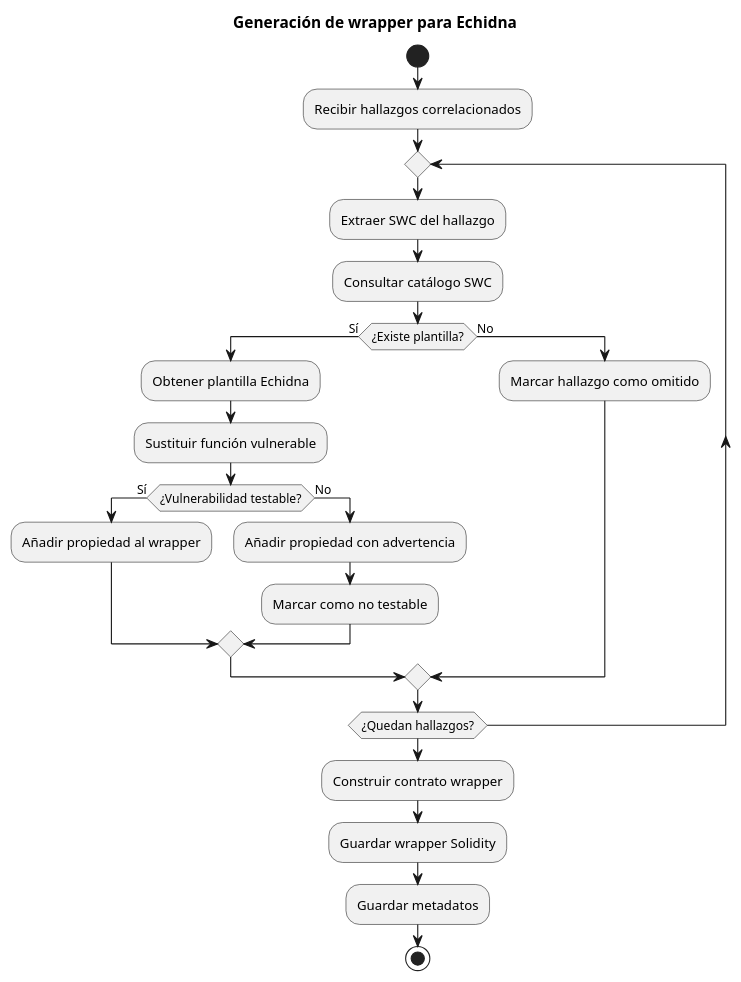
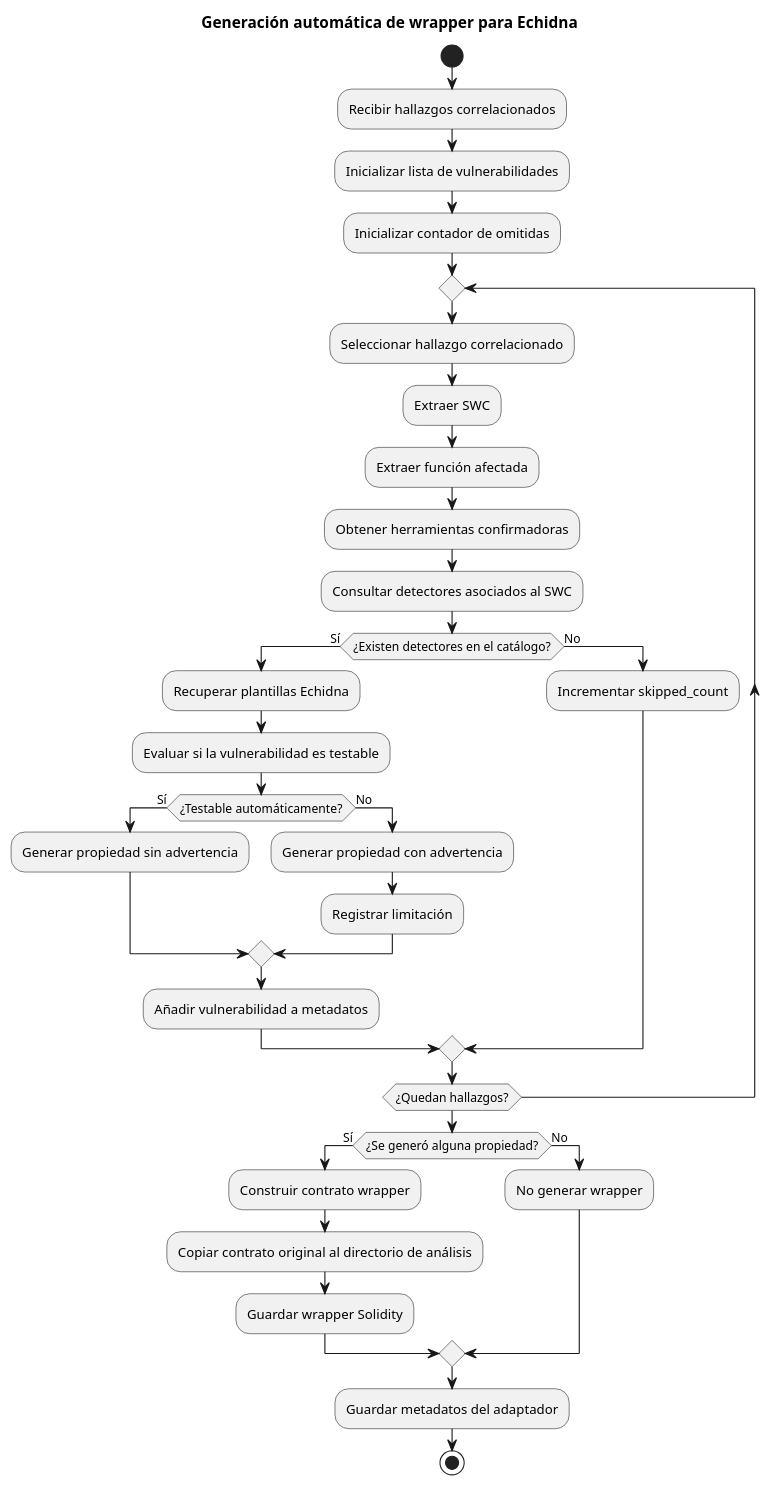
Before and after one commit to pardalaco/TFM-UNIR: the seventh of 11 diagrams in docs-TFM-UNIR/Entrega/Diagramas/Diagramas.md, drawn with PlantUML. The commit also changed other lines of this file, not shown here.

Commit message:
Diagramas mejorados

````diff
--- a/docs-TFM-UNIR/Entrega/Diagramas/Diagramas.md
+++ b/docs-TFM-UNIR/Entrega/Diagramas/Diagramas.md
@@ -241,36 +376,51 @@
 ```plantuml
 @startuml
-title Generación de wrapper para Echidna
+title Generación automática de wrapper para Echidna
+
+skinparam shadowing false
 
 start
 
 :Recibir hallazgos correlacionados;
+:Inicializar lista de vulnerabilidades;
+:Inicializar contador de omitidas;
 
 repeat
-  :Extraer SWC del hallazgo;
-  :Consultar catálogo SWC;
-  
-  if (¿Existe plantilla?) then (Sí)
-    :Obtener plantilla Echidna;
-    :Sustituir función vulnerable;
-    
-    if (¿Vulnerabilidad testable?) then (Sí)
-      :Añadir propiedad al wrapper;
+  :Seleccionar hallazgo correlacionado;
+  :Extraer SWC;
+  :Extraer función afectada;
+  :Obtener herramientas confirmadoras;
+
+  :Consultar detectores asociados al SWC;
+
+  if (¿Existen detectores en el catálogo?) then (Sí)
+    :Recuperar plantillas Echidna;
+    :Evaluar si la vulnerabilidad es testable;
+
+    if (¿Testable automáticamente?) then (Sí)
+      :Generar propiedad sin advertencia;
     else (No)
-      :Añadir propiedad con advertencia;
-      :Marcar como no testable;
+      :Generar propiedad con advertencia;
+      :Registrar limitación;
     endif
-    
+
+    :Añadir vulnerabilidad a metadatos;
   else (No)
-    :Marcar hallazgo como omitido;
+    :Incrementar skipped_count;
   endif
 
 repeat while (¿Quedan hallazgos?)
 
-:Construir contrato wrapper;
-:Guardar wrapper Solidity;
-:Guardar metadatos;
+if (¿Se generó alguna propiedad?) then (Sí)
+  :Construir contrato wrapper;
+  :Copiar contrato original al directorio de análisis;
+  :Guardar wrapper Solidity;
+else (No)
+  :No generar wrapper;
+endif
+
+:Guardar metadatos del adaptador;
 
 stop
 @enduml
 ```
````
